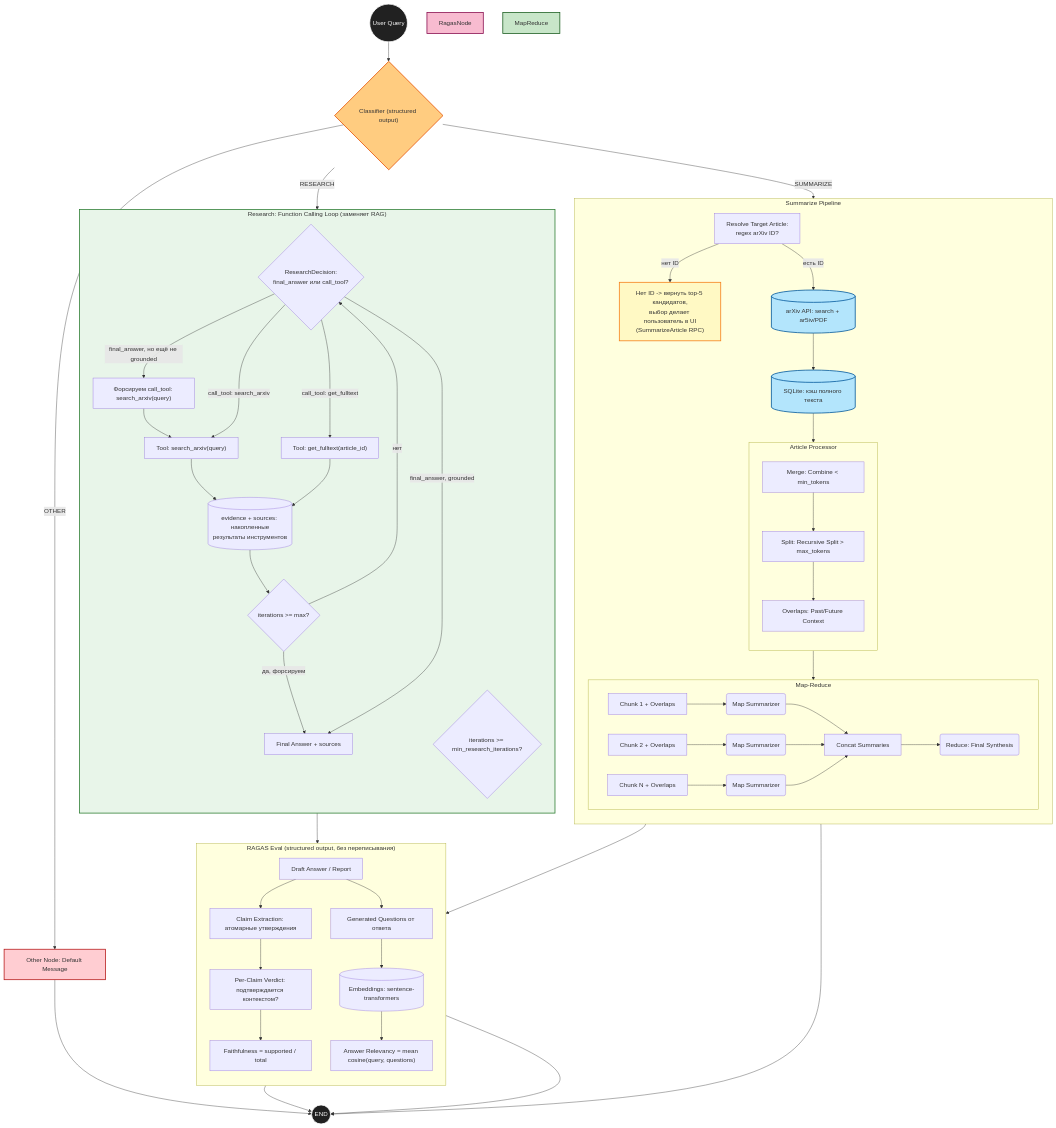
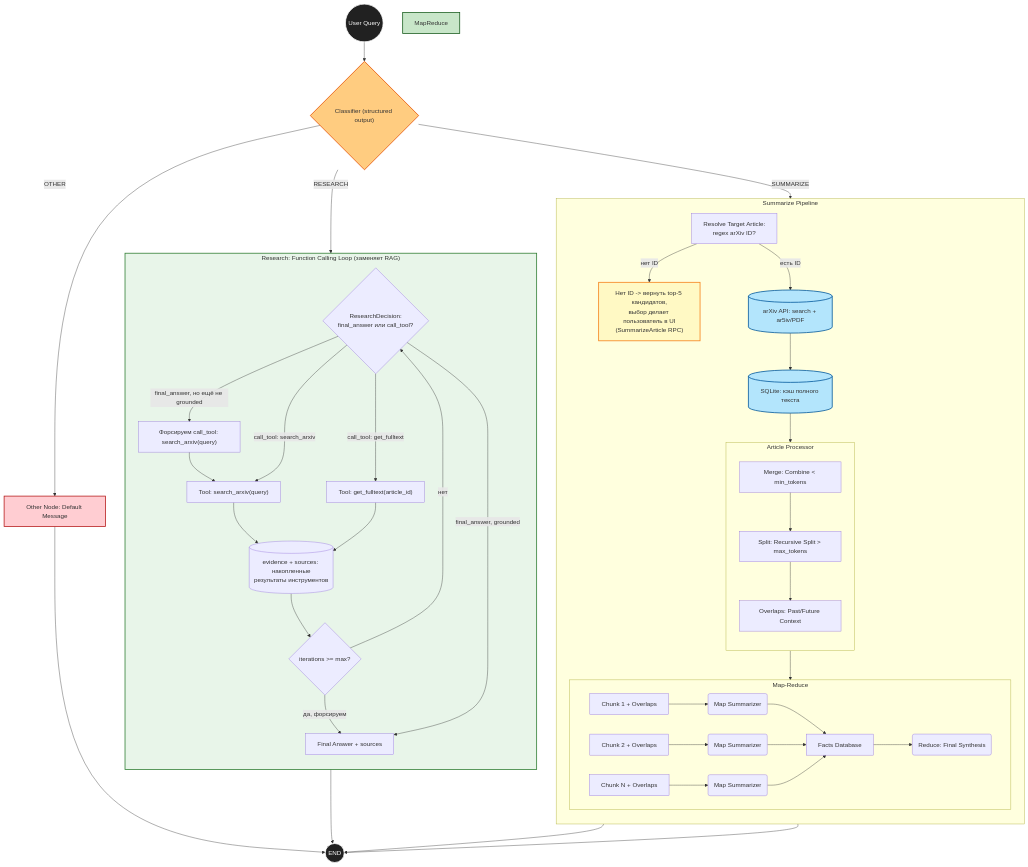
Before and after one commit to fluloeo/ArxivArticlesResearchAgent: the second of 2 diagrams in README.md, drawn with Mermaid. The commit also changed other lines of this file and 29 other files, not shown here.

Commit message:
streaming, graph, ui

````diff
--- a/README.md
+++ b/README.md
@@ -243,7 +125,6 @@
     style Other fill:#ffcdd2,stroke:#b71c1c,stroke-width:2px
     style ArxivAPI fill:#b3e5fc,stroke:#01579b,stroke-width:2px
     style Sqlite fill:#b3e5fc,stroke:#01579b,stroke-width:2px
-    style RagasNode fill:#f8bbd0,stroke:#880e4f,stroke-width:2px
     style MapReduce fill:#c8e6c9,stroke:#1b5e20,stroke-width:2px
     style ResearchLoop fill:#e8f5e9,stroke:#2e7d32,stroke-width:2px
     style UserPick fill:#fff9c4,stroke:#f57f17,stroke-width:2px
@@ -272,7 +153,7 @@
             C1["Chunk 1 + Overlaps"] --> M1("Map Summarizer")
             C2["Chunk 2 + Overlaps"] --> M2("Map Summarizer")
             CN["Chunk N + Overlaps"] --> MN("Map Summarizer")
-            M1 & M2 & MN --> Join["Concat Summaries"] --> Reduce("Reduce: Final Synthesis")
+            M1 & M2 & MN --> Join["Facts Database"] --> Reduce("Reduce: Final Synthesis")
         end
 
         Resolve -->|"нет ID"| UserPick
@@ -281,28 +162,11 @@
     end
     Classifier -->|"SUMMARIZE"| Resolve
     UserPick --> End
-
-    subgraph Ragas_Eval ["RAGAS Eval (structured output, без переписывания)"]
-        direction TB
-        Draft["Draft Answer / Report"]
-        Claims["Claim Extraction: атомарные утверждения"]
-        Verdicts["Per-Claim Verdict: подтверждается контекстом?"]
-        Faithfulness["Faithfulness = supported / total"]
-        Questions["Generated Questions от ответа"]
-        Embed[("Embeddings: sentence-transformers")]
-        Relevancy["Answer Relevancy = mean cosine(query, questions)"]
-
-        Draft --> Claims --> Verdicts --> Faithfulness
-        Draft --> Questions --> Embed --> Relevancy
-    end
-    Reduce --> Draft
-    Faithfulness --> End
-    Relevancy --> End
+    Reduce --> End
 
     subgraph ResearchLoop ["Research: Function Calling Loop (заменяет RAG)"]
         direction TB
         Decide{"ResearchDecision:\nfinal_answer или call_tool?"}
-        Grounded{"iterations >= min_research_iterations?"}
         ToolSearch["Tool: search_arxiv(query)"]
         ToolFulltext["Tool: get_fulltext(article_id)"]
         Evidence[("evidence + sources: накопленные\nрезультаты инструментов")]
@@ -318,5 +182,5 @@
         Decide -->|"final_answer, grounded"| FinalAnswer["Final Answer + sources"]
     end
     Classifier -->|"RESEARCH"| Decide
-    FinalAnswer --> Draft
+    FinalAnswer --> End
 ```
````
